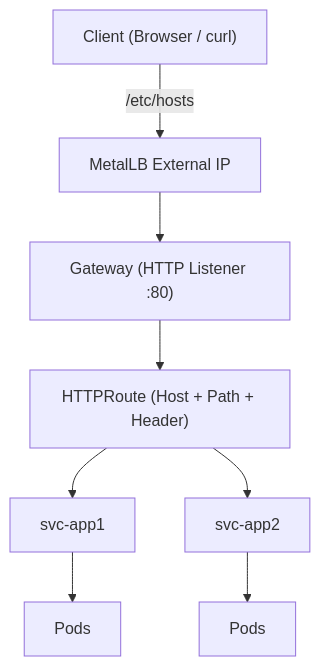
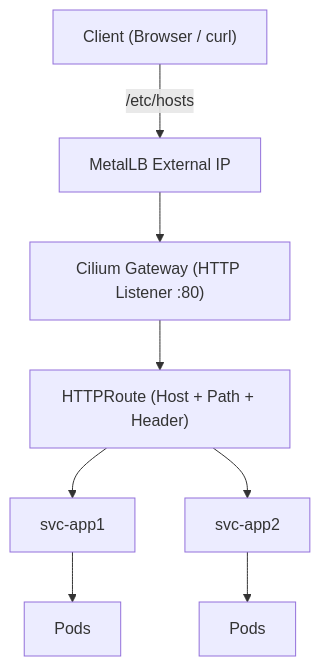
One commit to faizyakob/my-k8s-repository changed the first of 2 diagrams in docs/Kubernetes Gateway API Demo (Local Lab with MetalLB).md. Above: the diagram before and after it, drawn with Mermaid. The commit also changed other lines of this file, not shown here.

Commit message:
Update Kubernetes Gateway API Demo (Local Lab with MetalLB).md

````diff
--- a/docs/Kubernetes Gateway API Demo (Local Lab with MetalLB).md
+++ b/docs/Kubernetes Gateway API Demo (Local Lab with MetalLB).md
@@ -59,19 +69,19 @@
 ```mermaid
 flowchart TD
     A["Client (Browser / curl)"]
     B["MetalLB External IP"]
-    C["Gateway (HTTP Listener :80)"]
+    C["Cilium Gateway (HTTP Listener :80)"]
     D["HTTPRoute (Host + Path + Header)"]
     E["svc-app1"]
     F["svc-app2"]
     G["Pods"]
     H["Pods"]
 
     A -->|/etc/hosts| B
     B --> C
     C --> D
     D --> E
     D --> F
     E --> G
     F --> H
 ```
````
